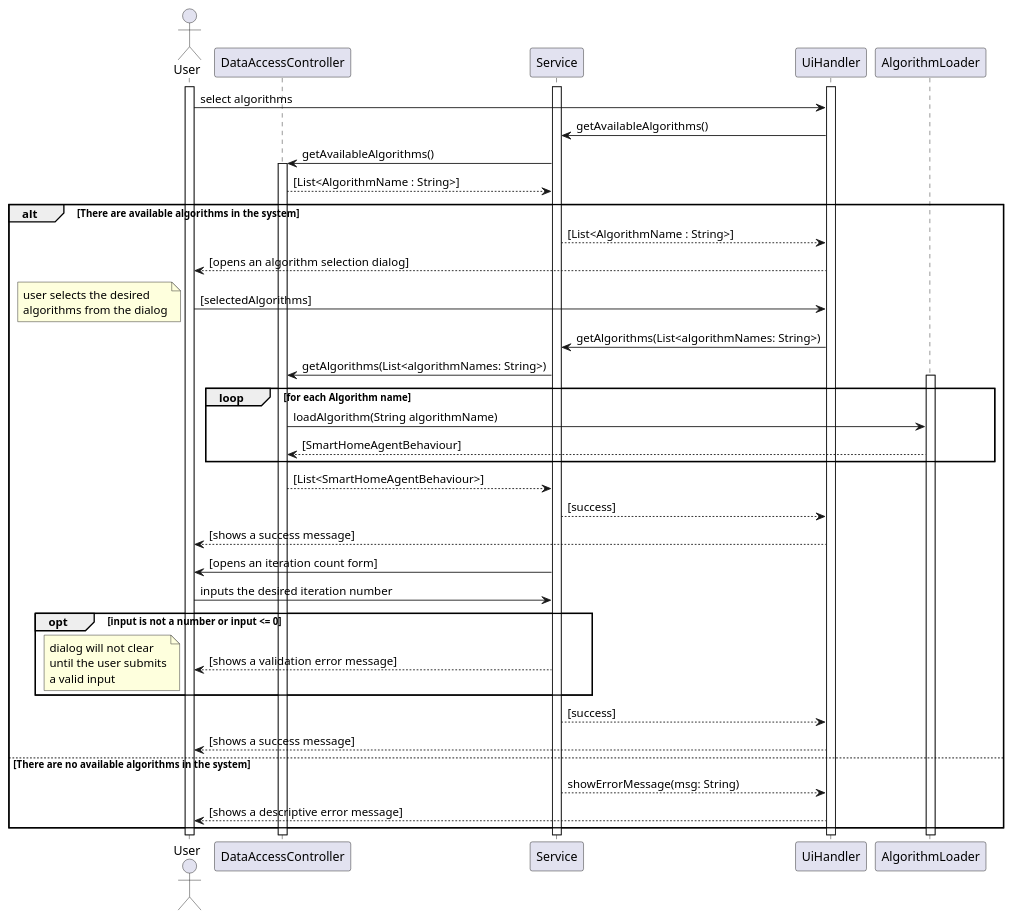
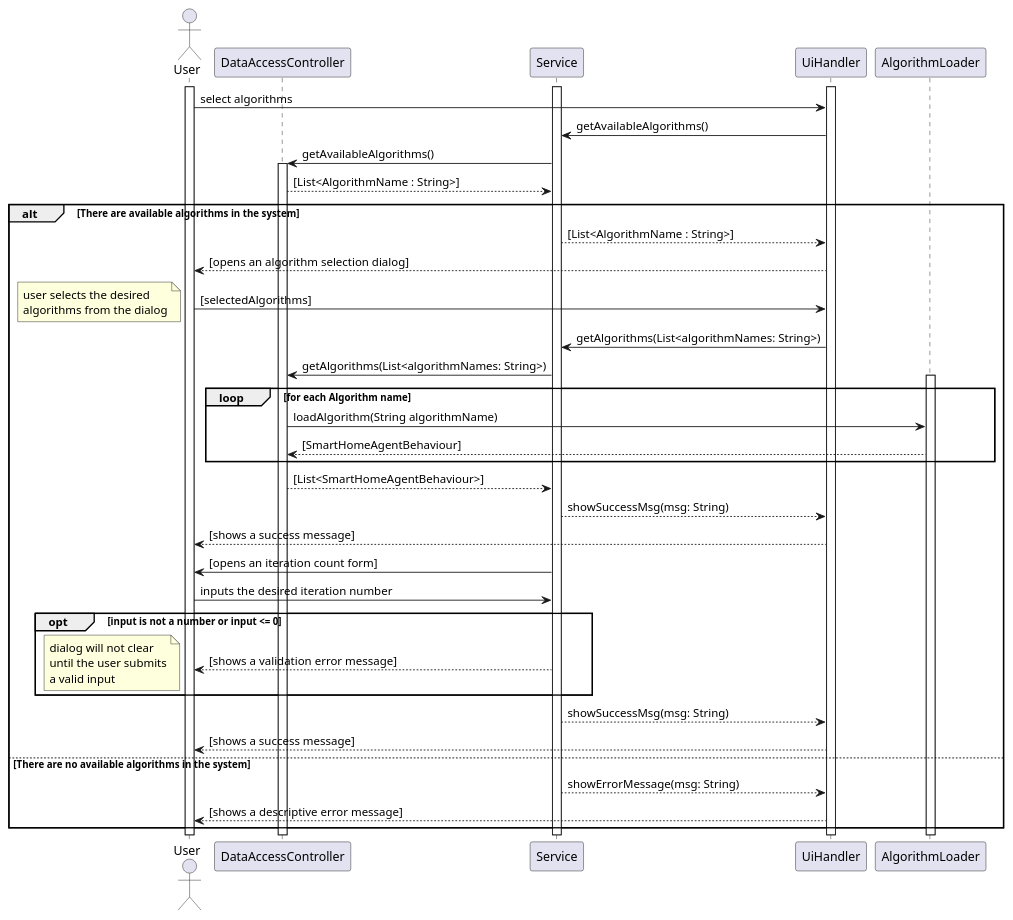
One commit to miamiHits/FinalProject changed the diagram in Final/Docs/Diagrams/behaviour diagrams/scripts/algoChooseSeq.puml. Above: the diagram before and after it, drawn with PlantUML. The commit also changed 9 other files, not shown here.

Commit message:
sequence diagrams are ready

```diff
--- a/Final/Docs/Diagrams/behaviour diagrams/scripts/algoChooseSeq.puml
+++ b/Final/Docs/Diagrams/behaviour diagrams/scripts/algoChooseSeq.puml
@@ -1,56 +1,56 @@
 @startuml
 actor User as u
 participant DataAccessController as DAC
 
 activate u
 activate Service
 activate UiHandler
 
 u -> UiHandler : select algorithms
 UiHandler -> Service : getAvailableAlgorithms()
 Service -> DAC : getAvailableAlgorithms()
 
 activate DAC
 DAC --> Service : [List<AlgorithmName : String>]
 
 alt There are available algorithms in the system
 
     Service --> UiHandler : [List<AlgorithmName : String>]
     UiHandler --> u : [opens an algorithm selection dialog]
     u -> UiHandler : [selectedAlgorithms]
     note left
         user selects the desired
         algorithms from the dialog
     end note
 
     UiHandler -> Service : getAlgorithms(List<algorithmNames: String>)
 
     Service -> DAC : getAlgorithms(List<algorithmNames: String>)
 
     loop for each Algorithm name
         activate AlgorithmLoader
         DAC -> AlgorithmLoader : loadAlgorithm(String algorithmName)
         AlgorithmLoader --> DAC : [SmartHomeAgentBehaviour]
     end
 
     DAC --> Service : [List<SmartHomeAgentBehaviour>]
-    Service --> UiHandler : [success]
+    Service --> UiHandler : showSuccessMsg(msg: String)
     UiHandler --> u : [shows a success message]
     Service -> u : [opens an iteration count form]
     u -> Service : inputs the desired iteration number
     opt input is not a number or input <= 0
         Service --> u : [shows a validation error message]
         note left
             dialog will not clear
             until the user submits
             a valid input
         end note
     end
-    Service --> UiHandler : [success]
+    Service --> UiHandler : showSuccessMsg(msg: String)
     UiHandler --> u : [shows a success message]
 
 else There are no available algorithms in the system
     Service --> UiHandler : showErrorMessage(msg: String)
     UiHandler --> u : [shows a descriptive error message]
 end
 @enduml
```
